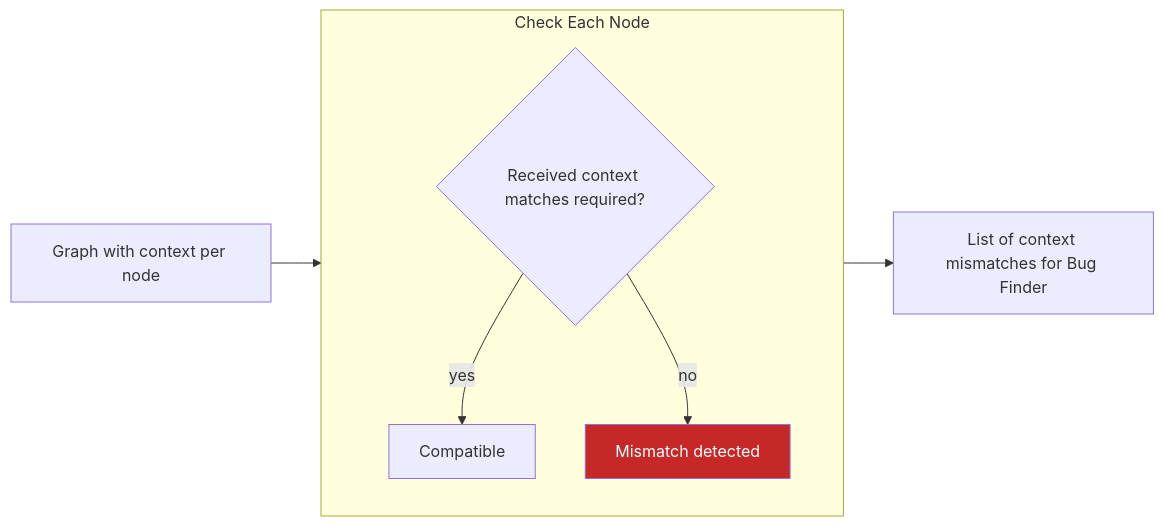
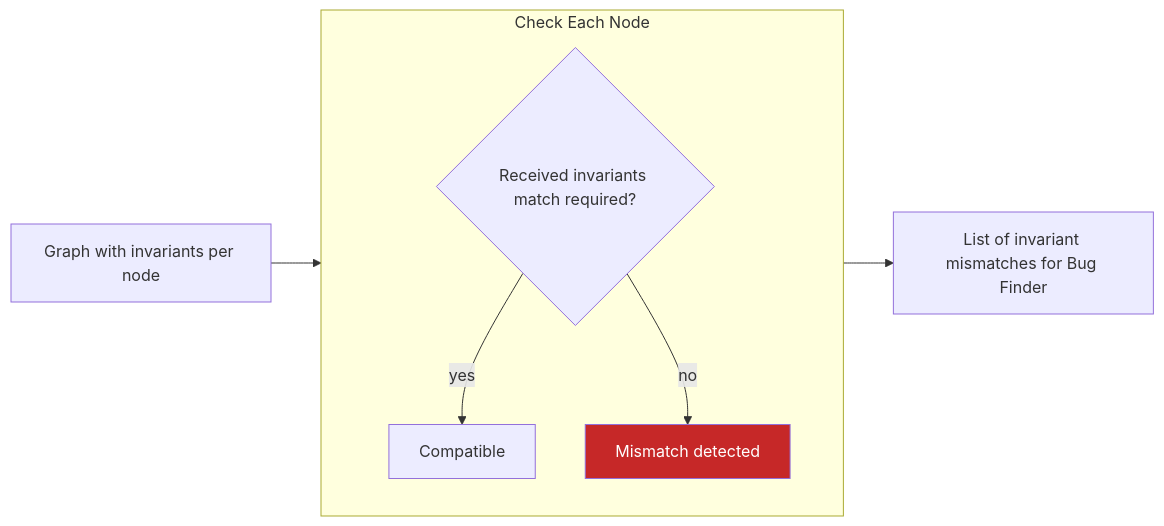
Before and after one commit to nestharus/ai-workflow: diagram 16 of 34 in .tasks/plans/algorithm graph creator/feedback.md, drawn with Mermaid. The commit also changed other lines of this file and 14 other files, not shown here.

````diff
--- a/.tasks/plans/algorithm graph creator/feedback.md
+++ b/.tasks/plans/algorithm graph creator/feedback.md
@@ -472,15 +608,15 @@
 ```mermaid
 flowchart LR
-    IN[Graph with context per node] --> SCAN
+    IN[Graph with invariants per node] --> SCAN
 
     subgraph SCAN[Check Each Node]
         direction TB
-        A{Received context matches required?}
+        A{Received invariants match required?}
         A -->|yes| B[Compatible]
         A -->|no| C[Mismatch detected]:::error
     end
 
-    SCAN --> OUT[List of context mismatches for Bug Finder]
+    SCAN --> OUT[List of invariant mismatches for Bug Finder]
 
     classDef error fill:#c62828,color:#fff
 ```
````
